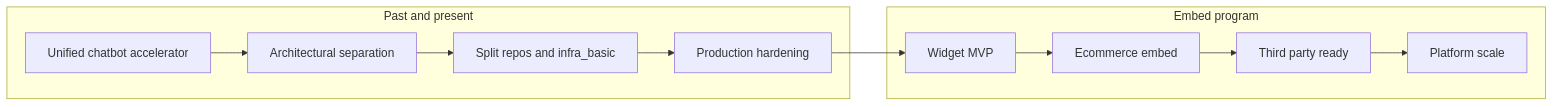
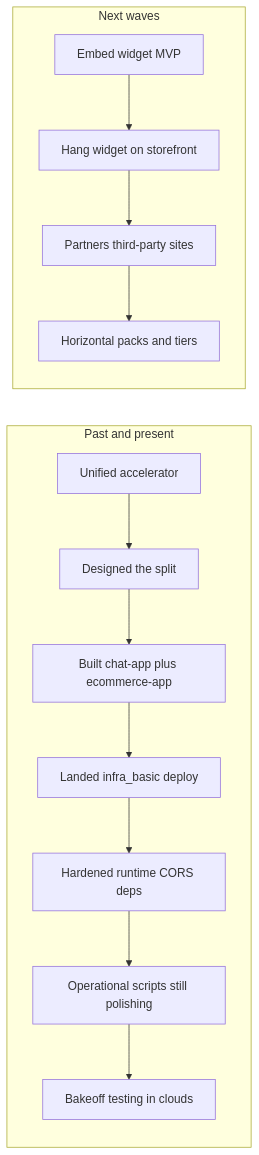
Before and after one commit to chaudhariniraj/NJ-customer-chatbot-solution-accelerator: the diagram in documents/customer-chatbot-product-roadmap.md, drawn with Mermaid. The commit also changed other lines of this file and 1 other file, not shown here.

````diff
--- a/documents/customer-chatbot-product-roadmap.md
+++ b/documents/customer-chatbot-product-roadmap.md
@@ -12,16 +100,20 @@
 ```mermaid
 flowchart LR
-  subgraph past [Past and present]
-    R0[Unified chatbot accelerator]
-    R1[Architectural separation]
-    R2[Split repos and infra_basic]
-    R3[Production hardening]
+  subgraph wave1 [Past and present]
+    A[Unified accelerator]
+    B[Designed the split]
+    C[Built chat-app plus ecommerce-app]
+    D[Landed infra_basic deploy]
+    E[Hardened runtime CORS deps]
+    F[Operational scripts still polishing]
+    G[Bakeoff testing in clouds]
+    A --> B --> C --> D --> E --> F --> G
   end
-  subgraph widgetEmbed [Embed program]
-    R4[Widget MVP]
-    R5[Ecommerce embed]
-    R6[Third party ready]
-    R7[Platform scale]
+  subgraph wave2 [Next waves]
+    H[Embed widget MVP]
+    I[Hang widget on storefront]
+    J[Partners third-party sites]
+    K[Horizontal packs and tiers]
+    H --> I --> J --> K
   end
-  R0 --> R1 --> R2 --> R3 --> R4 --> R5 --> R6 --> R7
 ```
````
